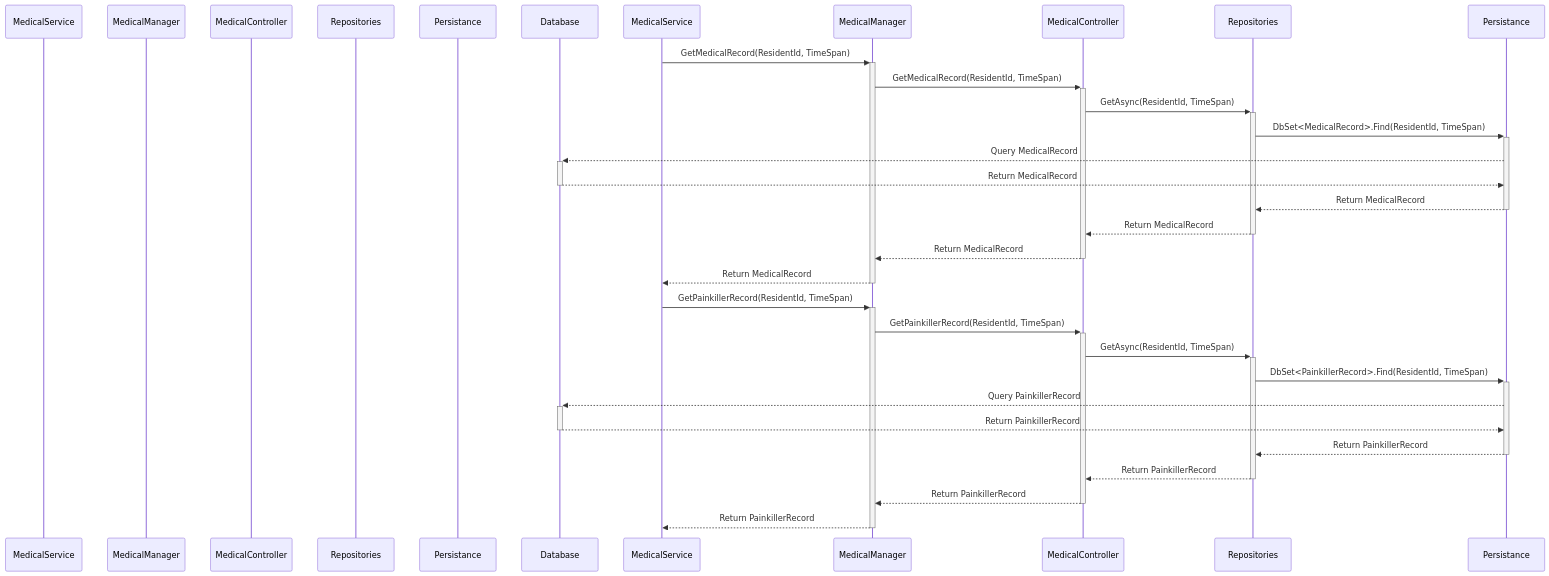
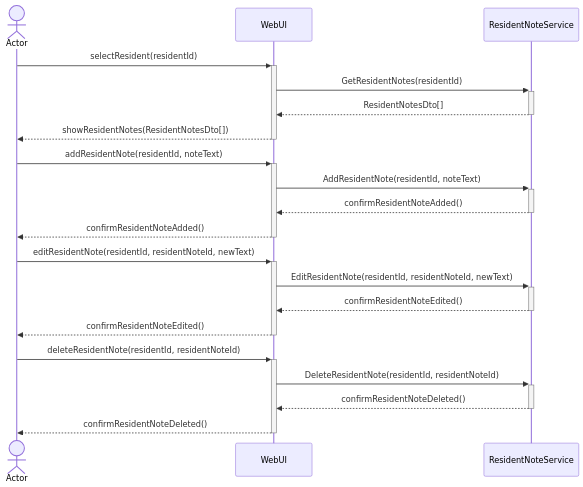
Before and after one commit to DMOoF25-Team6/Slottets-Drifttavlen: the sixth of 6 diagrams in .github/instructions/sd.instructions.md, drawn with Mermaid. The commit also changed other lines of this file and 1 other file, not shown here.

Commit message:
Add WebAPI Data Access Compliance

````diff
--- a/.github/instructions/sd.instructions.md
+++ b/.github/instructions/sd.instructions.md
@@ -100,38 +213,26 @@
 ```mermaid
 sequenceDiagram
-    %% Application Layer
-    participant Application.Service as MedicalService
+    actor Employee as Actor
+    participant WebUI as WebUI
+    participant ResidentNoteService as ResidentNoteService
 
-    %% Infrastructure - External Interfaces
-    participant Infrastructure.Managers as MedicalManager
-    participant WebAPI.Controllers as MedicalController
+    Employee->>+WebUI: selectResident(residentId)
+    WebUI->>+ResidentNoteService: GetResidentNotes(residentId)
+    ResidentNoteService-->>-WebUI: ResidentNotesDto[]
+    WebUI-->>-Employee: showResidentNotes(ResidentNotesDto[])
 
-    %% Infrastructure - Data Access
-    participant Infrastructure.Repositories as Repositories
-    participant Infrastructure.Persistance as Persistance
-    participant Database as Database
+    Employee->>+WebUI: addResidentNote(residentId, noteText)
+    WebUI->>+ResidentNoteService: AddResidentNote(residentId, noteText)
+    ResidentNoteService-->>-WebUI: confirmResidentNoteAdded()
+    WebUI-->>-Employee: confirmResidentNoteAdded()
 
-    %% Flow: MedicalRecord
-    MedicalService->>+MedicalManager: GetMedicalRecord(ResidentId, TimeSpan)
-    MedicalManager->>+MedicalController: GetMedicalRecord(ResidentId, TimeSpan)
-    MedicalController->>+Repositories: GetAsync(ResidentId, TimeSpan)
-    Repositories->>+Persistance: DbSet<MedicalRecord>.Find(ResidentId, TimeSpan)
-    Persistance-->>+Database: Query MedicalRecord
-    Database-->>-Persistance: Return MedicalRecord
-    Persistance-->>-Repositories: Return MedicalRecord
-    Repositories-->>-MedicalController: Return MedicalRecord
-    MedicalController-->>-MedicalManager: Return MedicalRecord
-    MedicalManager-->>-MedicalService: Return MedicalRecord
+    Employee->>+WebUI: editResidentNote(residentId, residentNoteId, newText)
+    WebUI->>+ResidentNoteService: EditResidentNote(residentId, residentNoteId, newText)
+    ResidentNoteService-->>-WebUI: confirmResidentNoteEdited()
+    WebUI-->>-Employee: confirmResidentNoteEdited()
 
-    %% Flow: PainkillerRecord
-    MedicalService->>+MedicalManager: GetPainkillerRecord(ResidentId, TimeSpan)
-    MedicalManager->>+MedicalController: GetPainkillerRecord(ResidentId, TimeSpan)
-    MedicalController->>+Repositories: GetAsync(ResidentId, TimeSpan)
-    Repositories->>+Persistance: DbSet<PainkillerRecord>.Find(ResidentId, TimeSpan)
-    Persistance-->>+Database: Query PainkillerRecord
-    Database-->>-Persistance: Return PainkillerRecord
-    Persistance-->>-Repositories: Return PainkillerRecord
-    Repositories-->>-MedicalController: Return PainkillerRecord
-    MedicalController-->>-MedicalManager: Return PainkillerRecord
-    MedicalManager-->>-MedicalService: Return PainkillerRecord
+    Employee->>+WebUI: deleteResidentNote(residentId, residentNoteId)
+    WebUI->>+ResidentNoteService: DeleteResidentNote(residentId, residentNoteId)
+    ResidentNoteService-->>-WebUI: confirmResidentNoteDeleted()
+    WebUI-->>-Employee: confirmResidentNoteDeleted()
 ```
````
